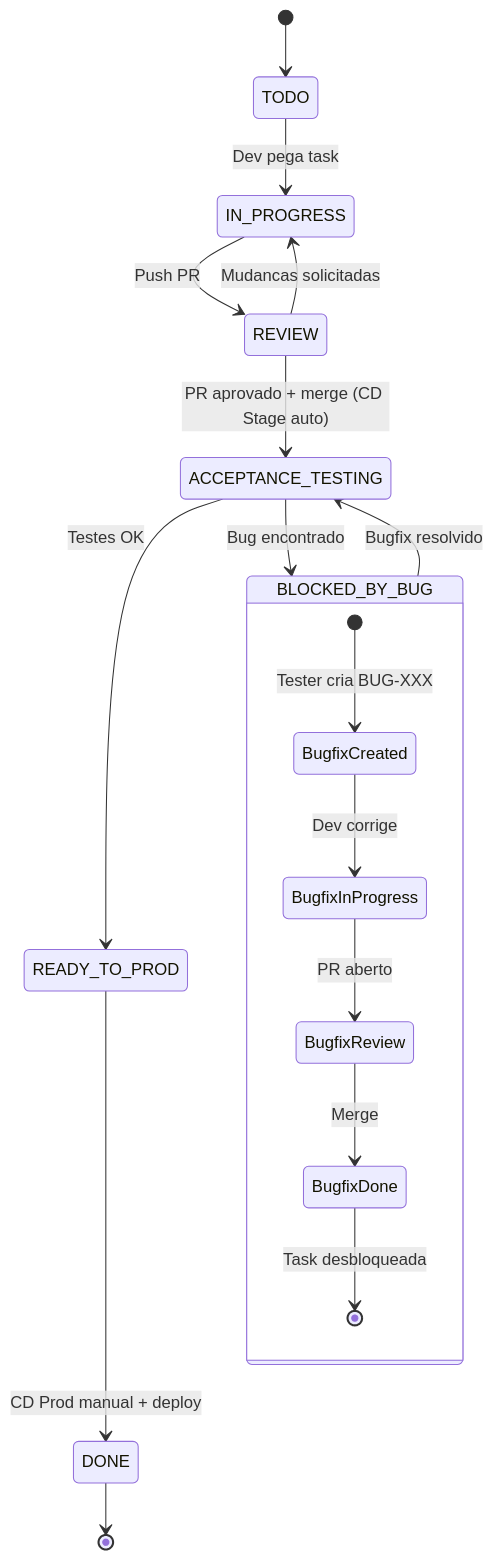
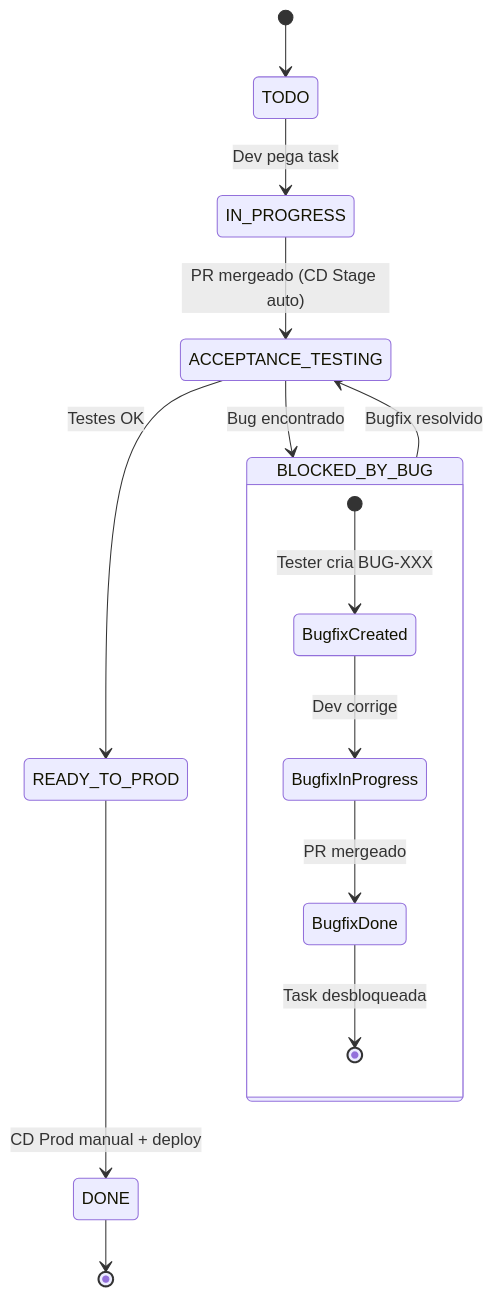
The diagram in docs/GITFLOW.md (diogolacerda/btcbot), drawn with Mermaid before and after one commit. The commit also changed other lines of this file, not shown here.

First line of the commit message:
docs(gitflow): remover step de review para economizar tokens

````diff
--- a/docs/GITFLOW.md
+++ b/docs/GITFLOW.md
@@ -132,21 +122,18 @@
 ```mermaid
 stateDiagram-v2
     [*] --> TODO
     TODO --> IN_PROGRESS: Dev pega task
-    IN_PROGRESS --> REVIEW: Push PR
-    REVIEW --> IN_PROGRESS: Mudancas solicitadas
-    REVIEW --> ACCEPTANCE_TESTING: PR aprovado + merge (CD Stage auto)
+    IN_PROGRESS --> ACCEPTANCE_TESTING: PR mergeado (CD Stage auto)
     ACCEPTANCE_TESTING --> READY_TO_PROD: Testes OK
     ACCEPTANCE_TESTING --> BLOCKED_BY_BUG: Bug encontrado
     BLOCKED_BY_BUG --> ACCEPTANCE_TESTING: Bugfix resolvido
     READY_TO_PROD --> DONE: CD Prod manual + deploy
     DONE --> [*]
 
     state BLOCKED_BY_BUG {
         [*] --> BugfixCreated: Tester cria BUG-XXX
         BugfixCreated --> BugfixInProgress: Dev corrige
-        BugfixInProgress --> BugfixReview: PR aberto
-        BugfixReview --> BugfixDone: Merge
+        BugfixInProgress --> BugfixDone: PR mergeado
         BugfixDone --> [*]: Task desbloqueada
     }
 ```
````
